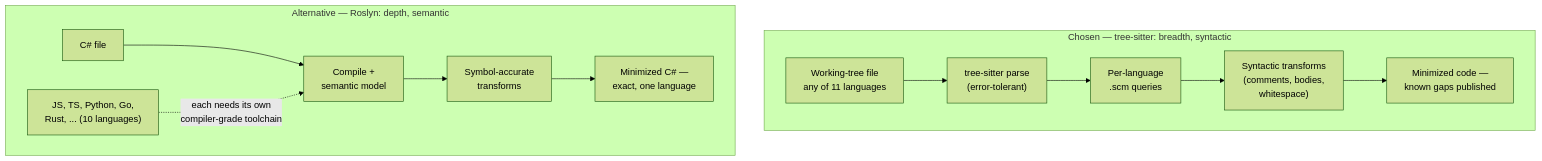
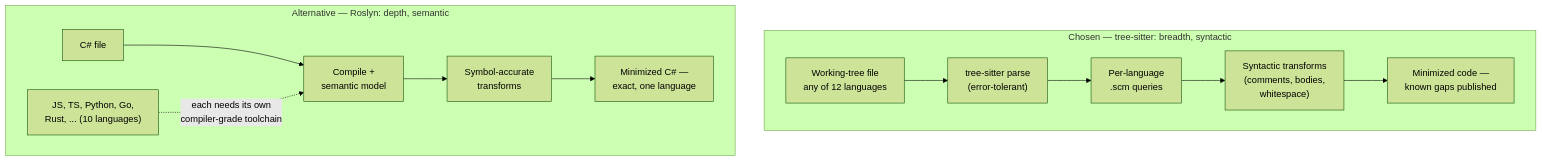
One commit to nitinpawar28/AI-learn changed the diagram in docs/part5-capstone/case-tree-sitter-vs-roslyn.md. Above: the diagram before and after it, drawn with Mermaid (forest theme). The commit also changed other lines of this file and 11 other files, not shown here.

````diff
--- a/docs/part5-capstone/case-tree-sitter-vs-roslyn.md
+++ b/docs/part5-capstone/case-tree-sitter-vs-roslyn.md
@@ -57,17 +57,17 @@
 ```mermaid
 flowchart TB
     subgraph ts["Chosen — tree-sitter: breadth, syntactic"]
         direction LR
-        A1["Working-tree file<br/>any of 11 languages"] --> A2["tree-sitter parse<br/>(error-tolerant)"]
+        A1["Working-tree file<br/>any of 12 languages"] --> A2["tree-sitter parse<br/>(error-tolerant)"]
         A2 --> A3["Per-language<br/>.scm queries"]
         A3 --> A4["Syntactic transforms<br/>(comments, bodies,<br/>whitespace)"]
         A4 --> A5["Minimized code —<br/>known gaps published"]
     end
     subgraph ro["Alternative — Roslyn: depth, semantic"]
         direction LR
         B1["C# file"] --> B2["Compile +<br/>semantic model"]
         B2 --> B3["Symbol-accurate<br/>transforms"]
         B3 --> B4["Minimized C# —<br/>exact, one language"]
         B0["JS, TS, Python, Go,<br/>Rust, ... (10 languages)"] -.->|"each needs its own<br/>compiler-grade toolchain"| B2
     end
 ```
````
